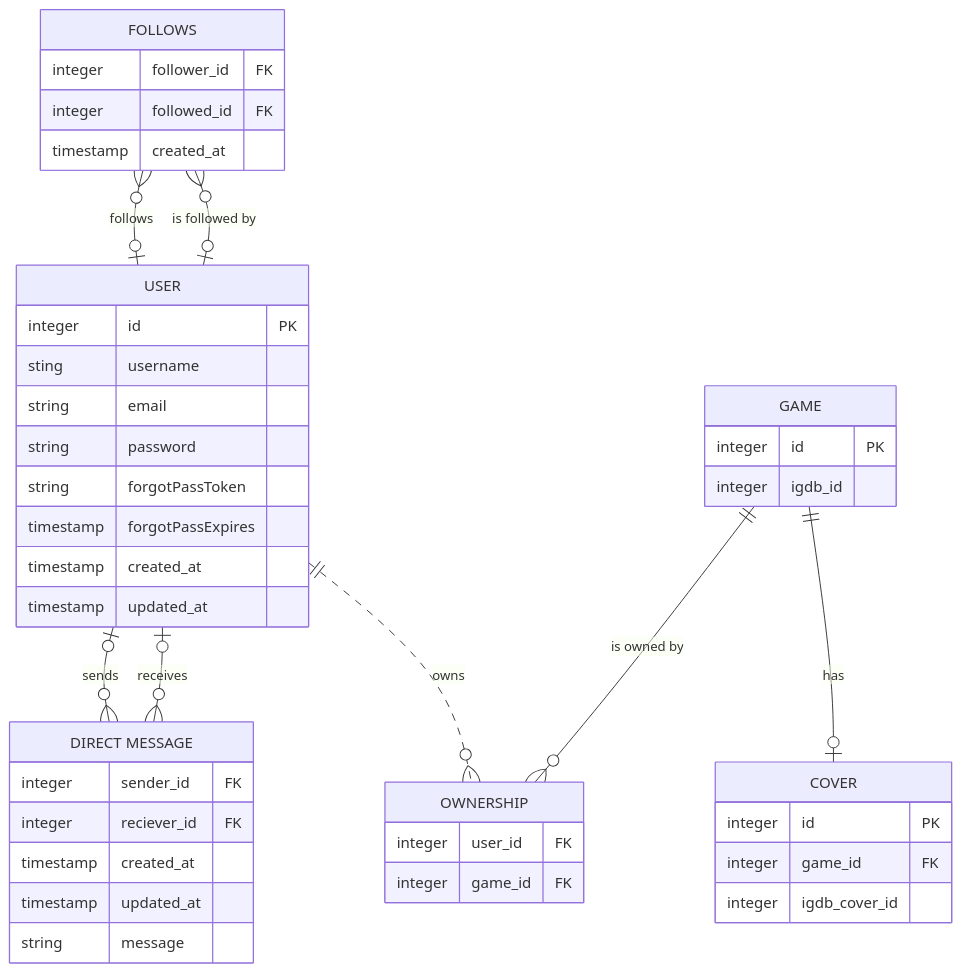
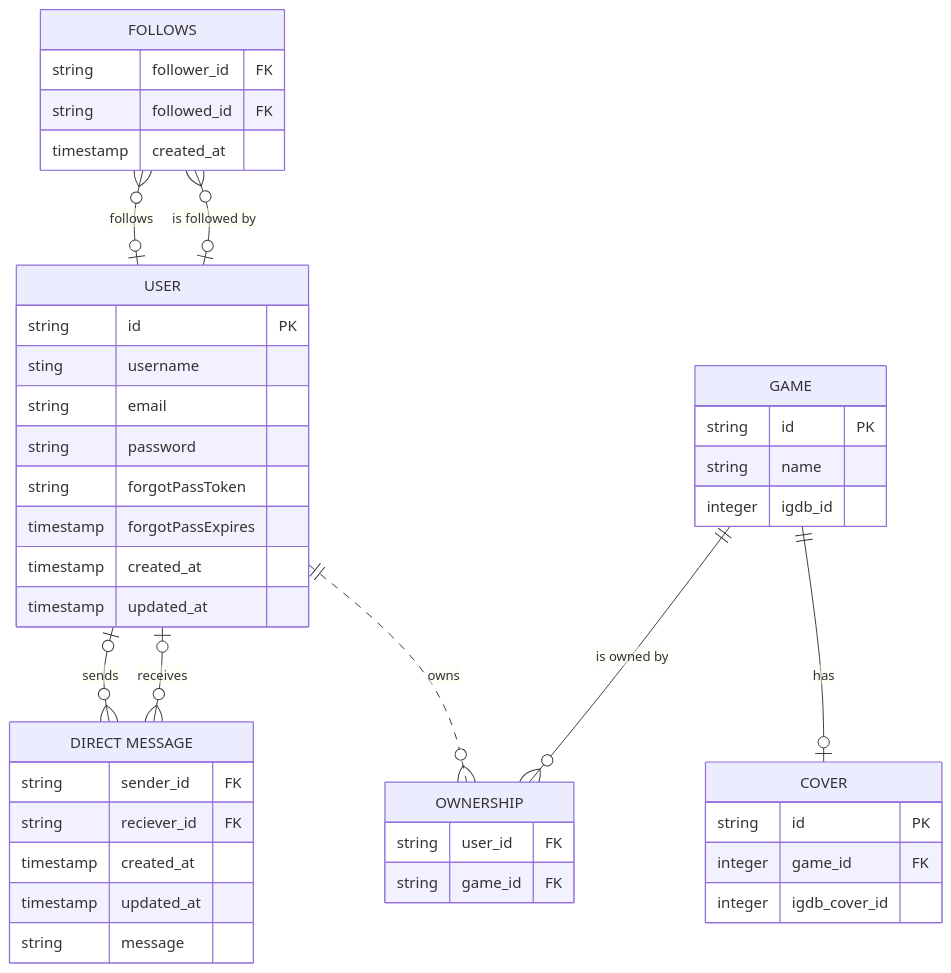
Before and after one commit to Guilherme-Jorge/save-point-backend: the diagram in docs/er-diagram.md, drawn with Mermaid.

Commit message:
docs: changed the type of the id in the ER Diagram

````diff
--- a/docs/er-diagram.md
+++ b/docs/er-diagram.md
@@ -1,54 +1,55 @@
 ```mermaid
 erDiagram
     USER {
-        integer id PK
+        string id PK
         sting username
         string email
         string password
         string forgotPassToken
         timestamp forgotPassExpires
         timestamp created_at
         timestamp updated_at
     }
 
     GAME {
-        integer id PK
+        string id PK
+        string name
         integer igdb_id
     }
 
     COVER {
-        integer id PK
+        string id PK
         integer game_id FK
         integer igdb_cover_id
     }
 
     OWNERSHIP {
-        integer user_id FK
-        integer game_id FK
+        string user_id FK
+        string game_id FK
     }
 
     FOLLOWS{
-        integer follower_id FK
-        integer followed_id FK
+        string follower_id FK
+        string followed_id FK
         timestamp created_at
     }
 
     "DIRECT MESSAGE" {
-        integer sender_id FK
-        integer reciever_id FK
+        string sender_id FK
+        string reciever_id FK
         timestamp created_at
         timestamp updated_at
         string message
     }
 
     USER ||..o{ OWNERSHIP : owns
     GAME ||--o{ OWNERSHIP : "is owned by"
 
     GAME ||--o| COVER : has
 
     FOLLOWS }o--o| USER : follows
     FOLLOWS }o--o| USER : "is followed by"
 
     USER |o--o{ "DIRECT MESSAGE" : sends
     USER |o--o{ "DIRECT MESSAGE" : receives
 ```
````
